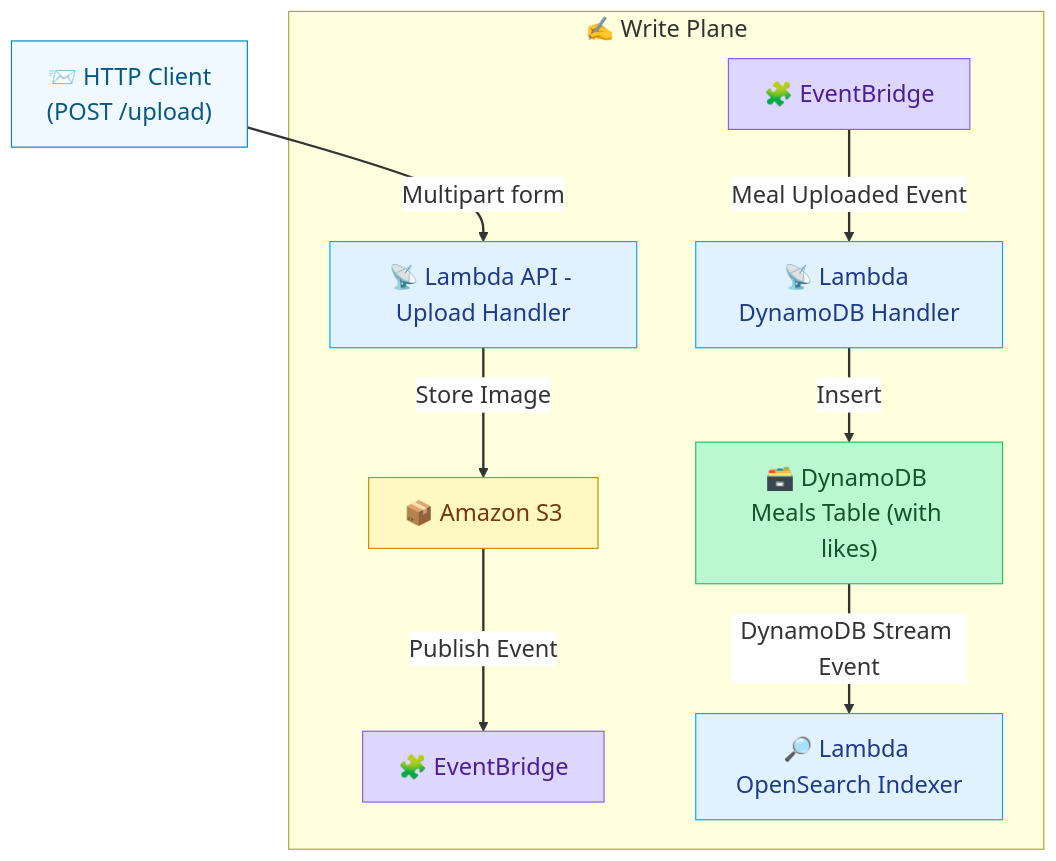
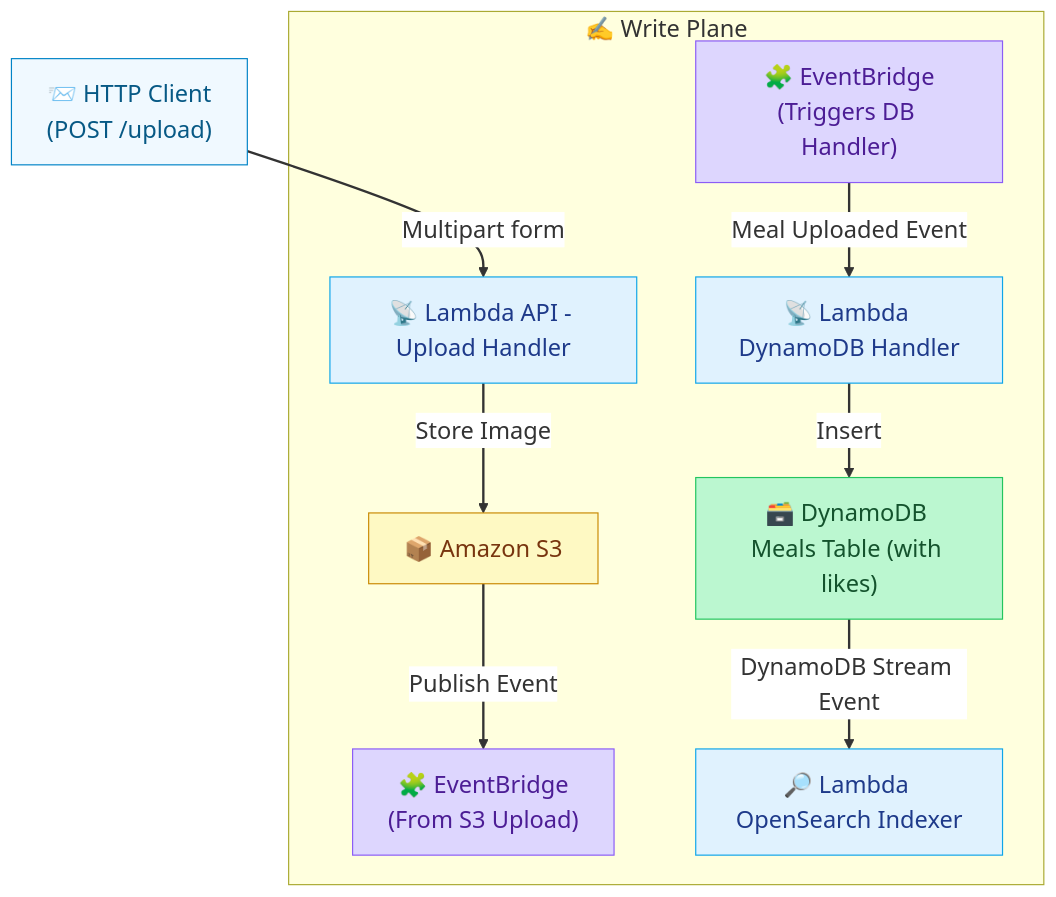
The diagram in services/docs/write_plane.mmd (Venkat-Gorla/smartmeal-serverless), drawn with Mermaid before and after one commit.

Commit message:
[mermaid] distinct text for the two event bridge boxes, improves clarity

```diff
--- a/services/docs/write_plane.mmd
+++ b/services/docs/write_plane.mmd
@@ -1,30 +1,30 @@
 %%{init: {"theme": "default", "themeVariables": { "fontSize": "20px", "primaryColor": "#E0F2FE", "edgeLabelBackground":"#ffffff"}}}%%
 flowchart TD
 
   A["📨 HTTP Client<br/>(POST /upload)"]:::client
 
   subgraph WRITE["✍️ Write Plane"]
     B["📡 Lambda API - Upload Handler"]:::lambda
     C["📦 Amazon S3"]:::s3
-    D["🧩 EventBridge"]:::event
-    E["🧩 EventBridge"]:::event
+    D["🧩 EventBridge<br/>(From S3 Upload)"]:::event
+    E["🧩 EventBridge<br/>(Triggers DB Handler)"]:::event
     F["📡 Lambda DynamoDB Handler"]:::lambda
     G["🗃️ DynamoDB Meals Table (with likes)"]:::ddb
     H["🔎 Lambda OpenSearch Indexer"]:::lambda
   end
 
   A -->|Multipart form| B
   B -->|Store Image| C
   C -->|Publish Event| D
   E -->|Meal Uploaded Event| F
   F -->|Insert| G
   G -->|DynamoDB Stream Event| H
 
   classDef client fill:#F0F9FF,stroke:#0284C7,color:#075985;
   classDef lambda fill:#E0F2FE,stroke:#0EA5E9,color:#1E3A8A;
   classDef s3 fill:#FEF9C3,stroke:#CA8A04,color:#78350F;
   classDef event fill:#DDD6FE,stroke:#8B5CF6,color:#4C1D95;
   classDef ddb fill:#BBF7D0,stroke:#22C55E,color:#14532D;
   classDef search fill:#F3E8FF,stroke:#A855F7,color:#6B21A8;
 
   linkStyle default stroke-width:2px,fill:none;
```
